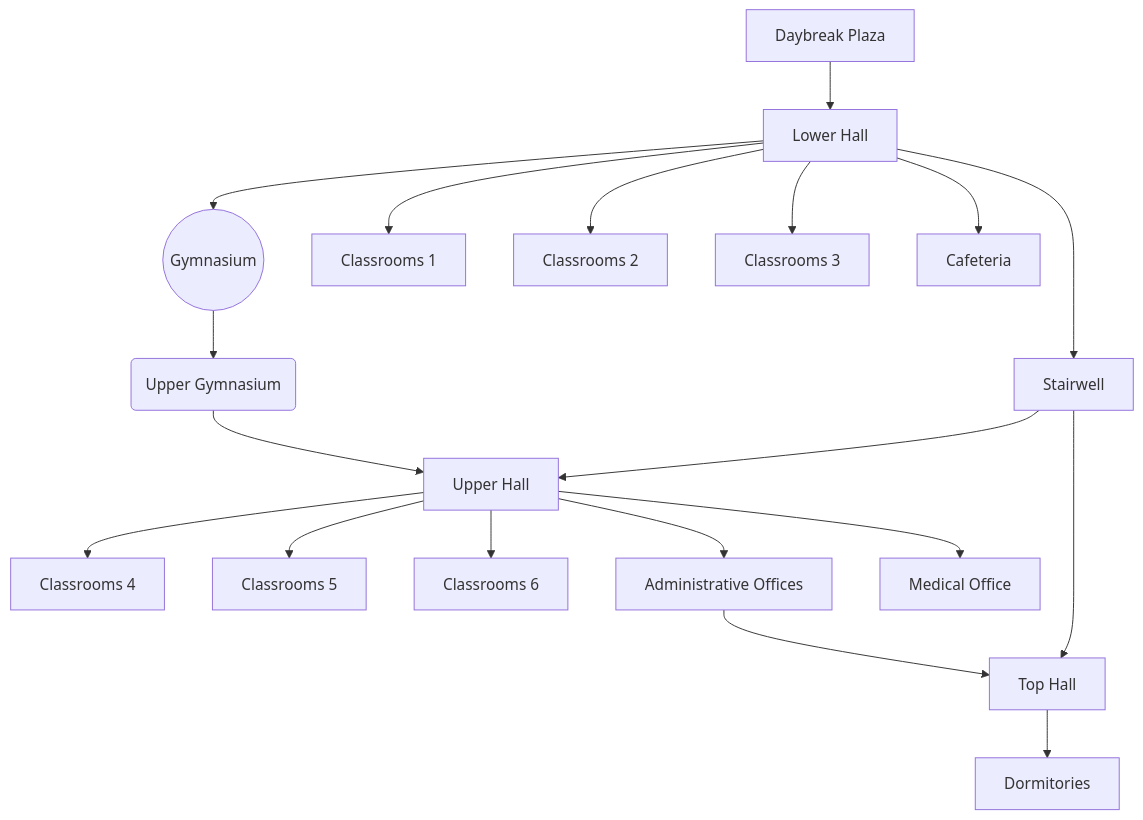
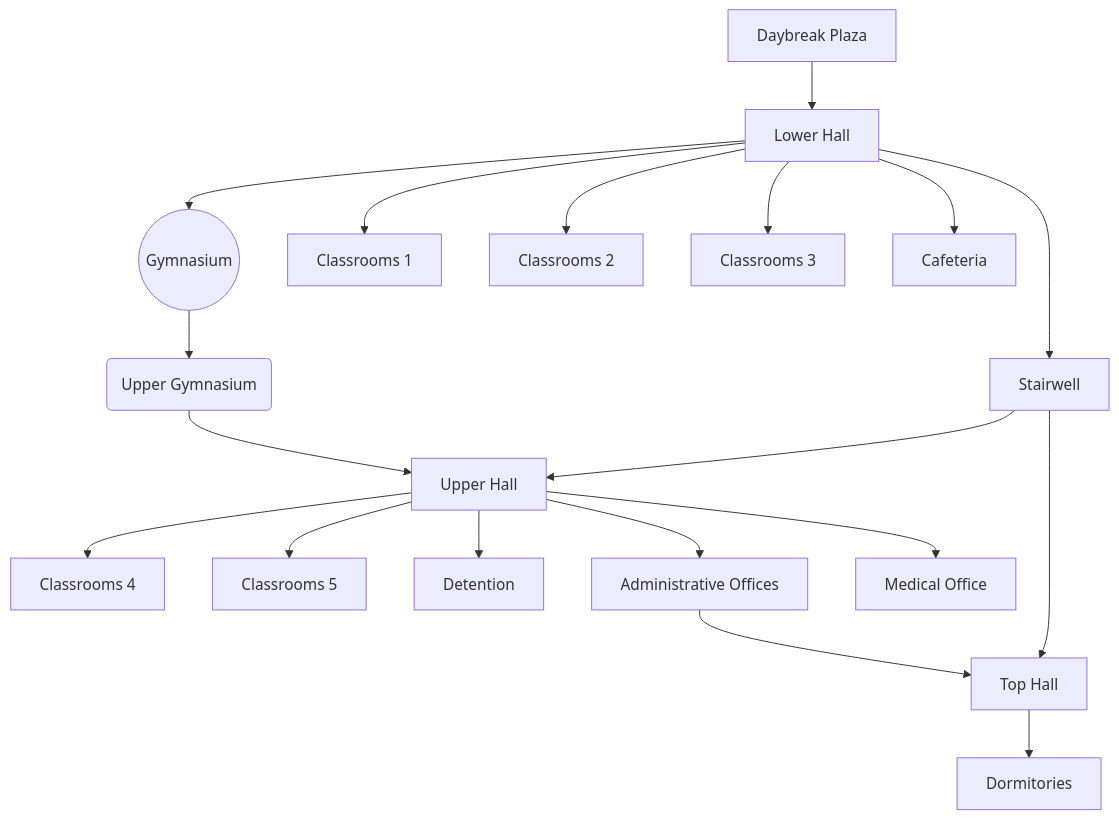
One commit to cube-drone/rt0 changed the diagram in players-guide/src/gm/locations/joyeuse/daybreak.md. Above: the diagram before and after it, drawn with Mermaid. The commit also changed other lines of this file and 3 other files, not shown here.

````diff
--- a/players-guide/src/gm/locations/joyeuse/daybreak.md
+++ b/players-guide/src/gm/locations/joyeuse/daybreak.md
@@ -5,42 +5,42 @@
 ```mermaid
 graph TD;
     PLAZA["Daybreak Plaza"];
     GYM(("Gymnasium"));
     UPGYM("Upper Gymnasium");
     CLASS1["Classrooms 1"];
     CLASS2["Classrooms 2"];
     CLASS3["Classrooms 3"];
     CLASS4["Classrooms 4"];
     CLASS5["Classrooms 5"];
-    CLASS6["Classrooms 6"];
+    DETENTION["Detention"];
     CAFE["Cafeteria"];
     LHALL["Lower Hall"];
     STAIRS["Stairwell"];
     UHALL["Upper Hall"];
     ADMIN["Administrative Offices"];
     MED["Medical Office"];
     TOP["Top Hall"];
     DORMS["Dormitories"];
 
 
     PLAZA-->LHALL;
     LHALL-->GYM;
     LHALL-->CLASS1;
     LHALL-->CLASS2;
     LHALL-->CLASS3;
     LHALL-->STAIRS;
     LHALL-->CAFE;
     GYM-->UPGYM;
     UPGYM-->UHALL;
     STAIRS-->UHALL;
     UHALL-->CLASS4;
     UHALL-->CLASS5;
-    UHALL-->CLASS6;
+    UHALL-->DETENTION;
     UHALL-->ADMIN;
     UHALL-->MED;
 
     ADMIN-->TOP;
     STAIRS-->TOP;
     TOP-->DORMS;
 
 ```
````
